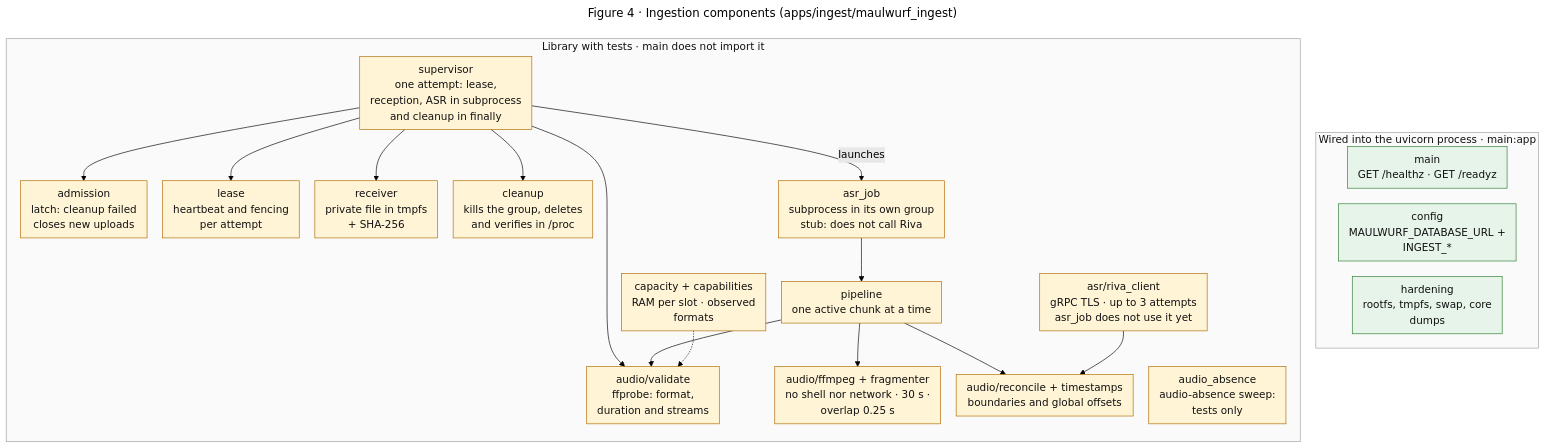
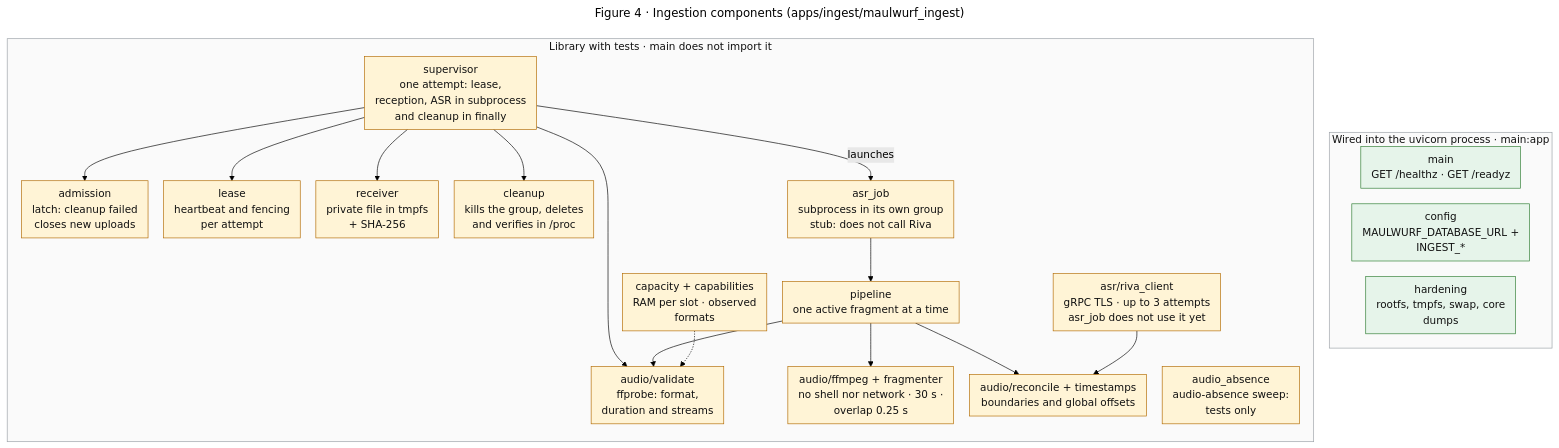
Before and after one commit to Nigrumhodo/Maulwurf: the fourth of 5 diagrams in docs/ARCH.md, drawn with Mermaid (forest theme). The commit also changed other lines of this file and 16 other files, not shown here.

````diff
--- a/docs/ARCH.md
+++ b/docs/ARCH.md
@@ -248,51 +248,51 @@
 ```mermaid
 ---
 title: "Figure 4 · Ingestion components (apps/ingest/maulwurf_ingest)"
 config:
   flowchart:
     wrappingWidth: 330
     nodeSpacing: 24
     rankSpacing: 30
     padding: 8
 ---
 flowchart TB
     subgraph W["Wired into the uvicorn process · main:app"]
         direction LR
         m1["main<br/>GET /healthz · GET /readyz"]:::impl
         m2["config<br/>MAULWURF_DATABASE_URL +<br/>INGEST_*"]:::impl
         m3["hardening<br/>rootfs, tmpfs, swap, core<br/>dumps"]:::impl
     end
     subgraph L["Library with tests · main does not import it"]
         direction TB
         sup["supervisor<br/>one attempt: lease,<br/>reception, ASR in subprocess<br/>and cleanup in finally"]:::parcial
         adm["admission<br/>latch: cleanup failed<br/>closes new uploads"]:::parcial
         lea["lease<br/>heartbeat and fencing<br/>per attempt"]:::parcial
         rec["receiver<br/>private file in tmpfs<br/>+ SHA-256"]:::parcial
         val["audio/validate<br/>ffprobe: format,<br/>duration and streams"]:::parcial
         cln["cleanup<br/>kills the group, deletes<br/>and verifies in /proc"]:::parcial
         aus["audio_absence<br/>audio-absence sweep:<br/>tests only"]:::parcial
         job["asr_job<br/>subprocess in its own group<br/>stub: does not call Riva"]:::parcial
-        pip["pipeline<br/>one active chunk at a time"]:::parcial
+        pip["pipeline<br/>one active fragment at a time"]:::parcial
         ffm["audio/ffmpeg + fragmenter<br/>no shell nor network · 30 s ·<br/>overlap 0.25 s"]:::parcial
         rcl["audio/reconcile + timestamps<br/>boundaries and global offsets"]:::parcial
         riv["asr/riva_client<br/>gRPC TLS · up to 3 attempts<br/>asr_job does not use it yet"]:::parcial
         cap["capacity + capabilities<br/>RAM per slot · observed<br/>formats"]:::parcial
         sup --> adm
         sup --> lea
         sup --> rec
         sup --> val
         sup --> cln
         sup -->|"launches"| job
         job --> pip
         pip --> ffm
         pip --> rcl
         pip --> val
         riv --> rcl
         cap -.-> val
     end
 
     classDef impl fill:#e6f4ea,stroke:#2e7d32,color:#111
     classDef parcial fill:#fff4d6,stroke:#b26a00,color:#111
     style W fill:#fafafa,stroke:#9aa0a6,color:#111
     style L fill:#fafafa,stroke:#9aa0a6,color:#111
 ```
````
